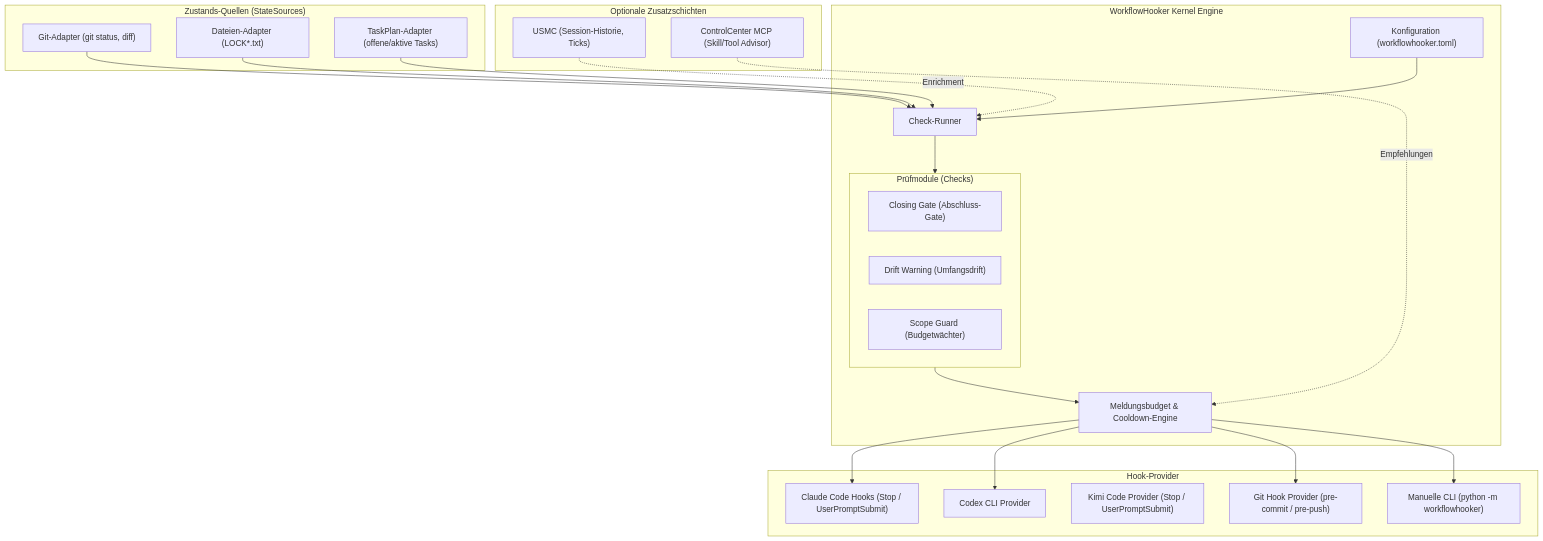
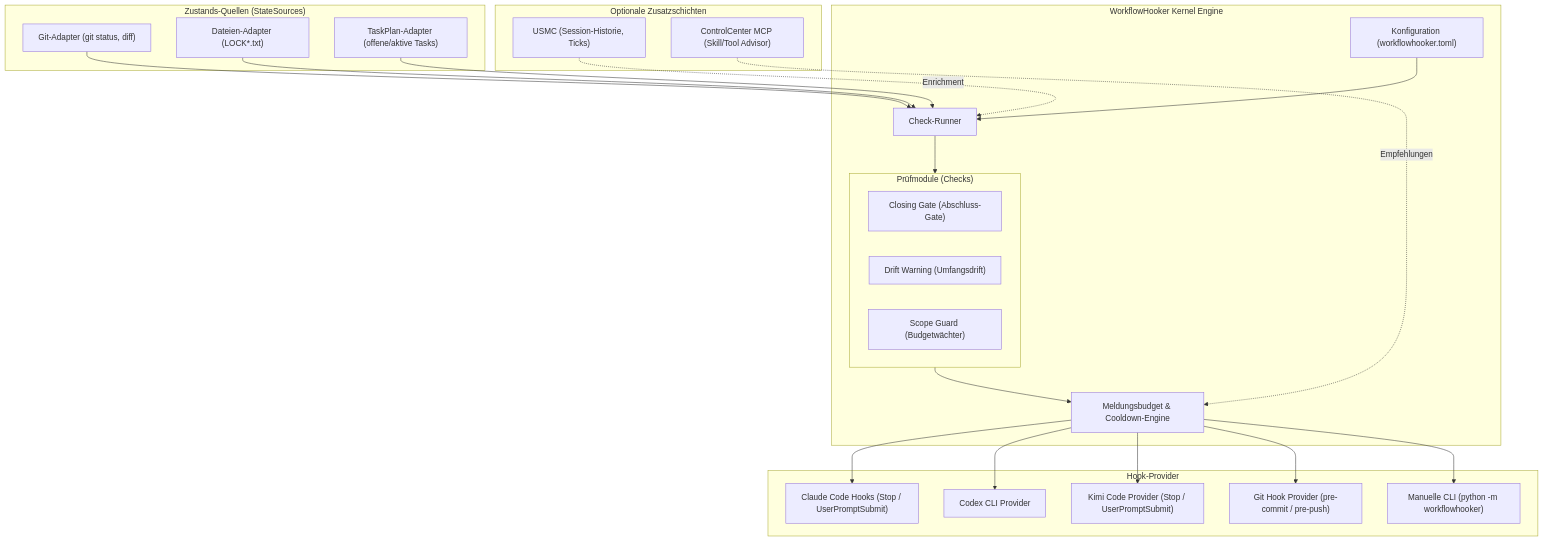
Before and after one commit to ellmos-ai/WORKFLOWHOOKER: the diagram in README_de.md, drawn with Mermaid. The commit also changed other lines of this file and 5 other files, not shown here.

````diff
--- a/README_de.md
+++ b/README_de.md
@@ -24,48 +24,49 @@
 ```mermaid
 graph TD
     subgraph StateSources ["Zustands-Quellen (StateSources)"]
         GitSource["Git-Adapter (git status, diff)"]
         FilesSource["Dateien-Adapter (LOCK*.txt)"]
         TaskPlanSource["TaskPlan-Adapter (offene/aktive Tasks)"]
     end
 
     subgraph Core ["WorkflowHooker Kernel Engine"]
         Config["Konfiguration (workflowhooker.toml)"]
         CheckRunner["Check-Runner"]
         subgraph Checks ["Prüfmodule (Checks)"]
             ClosingGate["Closing Gate (Abschluss-Gate)"]
             DriftWarning["Drift Warning (Umfangsdrift)"]
             ScopeGuard["Scope Guard (Budgetwächter)"]
         end
         BudgetCooldown["Meldungsbudget & Cooldown-Engine"]
     end
 
     subgraph OptionalLayers ["Optionale Zusatzschichten"]
         USMC["USMC (Session-Historie, Ticks)"]
         ControlCenter["ControlCenter MCP (Skill/Tool Advisor)"]
     end
 
     subgraph HookProviders ["Hook-Provider"]
         ClaudeProvider["Claude Code Hooks (Stop / UserPromptSubmit)"]
         CodexProvider["Codex CLI Provider"]
         KimiProvider["Kimi Code Provider (Stop / UserPromptSubmit)"]
         GitHookProvider["Git Hook Provider (pre-commit / pre-push)"]
         CLIProvider["Manuelle CLI (python -m workflowhooker)"]
     end
 
     GitSource --> CheckRunner
     FilesSource --> CheckRunner
     TaskPlanSource --> CheckRunner
 
     Config --> CheckRunner
     CheckRunner --> Checks
     Checks --> BudgetCooldown
 
     USMC -.->|Enrichment| CheckRunner
     ControlCenter -.->|Empfehlungen| BudgetCooldown
 
     BudgetCooldown --> ClaudeProvider
     BudgetCooldown --> CodexProvider
+    BudgetCooldown --> KimiProvider
     BudgetCooldown --> GitHookProvider
     BudgetCooldown --> CLIProvider
 ```
````
